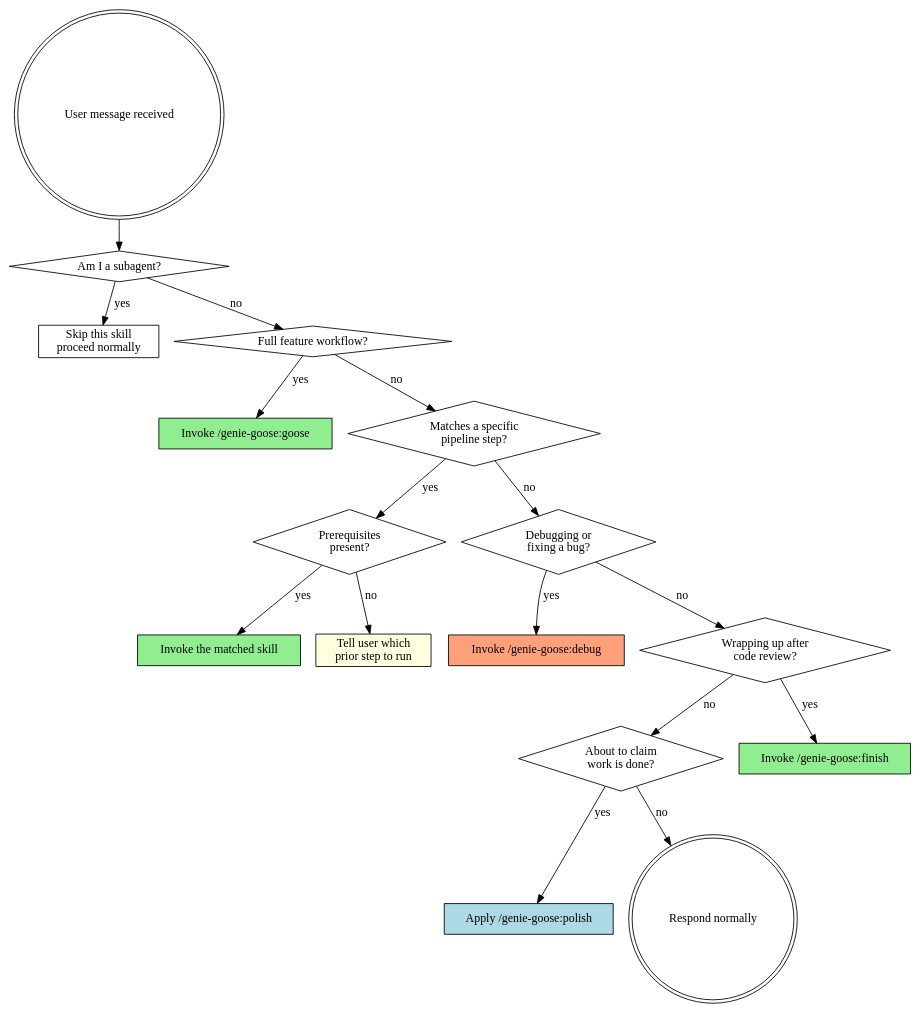
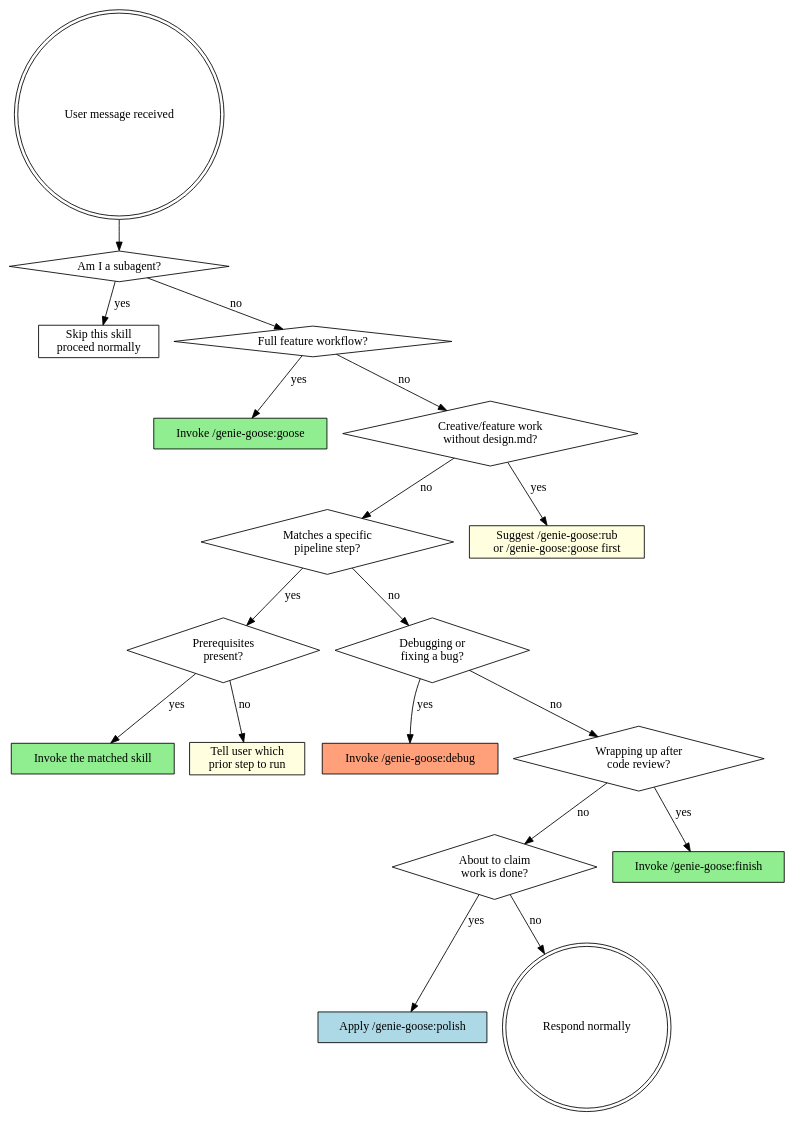
One commit to jhynsoo/genie-goose changed the diagram in plugin/skills/lamp/SKILL.md. Above: the diagram before and after it, drawn with Graphviz. The commit also changed other lines of this file, not shown here.

First line of the commit message:
feat(lamp): strengthen routing with doubt-driven invocation, check order, brainstorm gate, and extended anti-bypass

````diff
--- a/plugin/skills/lamp/SKILL.md
+++ b/plugin/skills/lamp/SKILL.md
@@ -70,40 +85,45 @@
 ```dot
 digraph routing {
     rankdir=TB;
     node [shape=box];
 
     start [label="User message received" shape=doublecircle];
     is_subagent [label="Am I a subagent?" shape=diamond];
     skip [label="Skip this skill\nproceed normally" shape=box];
     full_pipeline [label="Full feature workflow?" shape=diamond];
     goose [label="Invoke /genie-goose:goose" shape=box style=filled fillcolor=lightgreen];
     specific_step [label="Matches a specific\npipeline step?" shape=diamond];
     check_prereqs [label="Prerequisites\npresent?" shape=diamond];
     invoke_skill [label="Invoke the matched skill" shape=box style=filled fillcolor=lightgreen];
     report_missing [label="Tell user which\nprior step to run" shape=box style=filled fillcolor=lightyellow];
     is_completing [label="About to claim\nwork is done?" shape=diamond];
     polish [label="Apply /genie-goose:polish" shape=box style=filled fillcolor=lightblue];
     normal [label="Respond normally" shape=doublecircle];
 
     start -> is_subagent;
     is_subagent -> skip [label="yes"];
     is_subagent -> full_pipeline [label="no"];
+    needs_brainstorm [label="Creative/feature work\nwithout design.md?" shape=diamond];
+    suggest_rub [label="Suggest /genie-goose:rub\nor /genie-goose:goose first" shape=box style=filled fillcolor=lightyellow];
+
     full_pipeline -> goose [label="yes"];
-    full_pipeline -> specific_step [label="no"];
+    full_pipeline -> needs_brainstorm [label="no"];
+    needs_brainstorm -> suggest_rub [label="yes"];
+    needs_brainstorm -> specific_step [label="no"];
     is_debugging [label="Debugging or\nfixing a bug?" shape=diamond];
     debug [label="Invoke /genie-goose:debug" shape=box style=filled fillcolor=lightsalmon];
     is_wrapping_up [label="Wrapping up after\ncode review?" shape=diamond];
     finish [label="Invoke /genie-goose:finish" shape=box style=filled fillcolor=lightgreen];
 
     specific_step -> check_prereqs [label="yes"];
     specific_step -> is_debugging [label="no"];
     check_prereqs -> invoke_skill [label="yes"];
     check_prereqs -> report_missing [label="no"];
     is_debugging -> debug [label="yes"];
     is_debugging -> is_wrapping_up [label="no"];
     is_wrapping_up -> finish [label="yes"];
     is_wrapping_up -> is_completing [label="no"];
     is_completing -> polish [label="yes"];
     is_completing -> normal [label="no"];
 }
 ```
````
